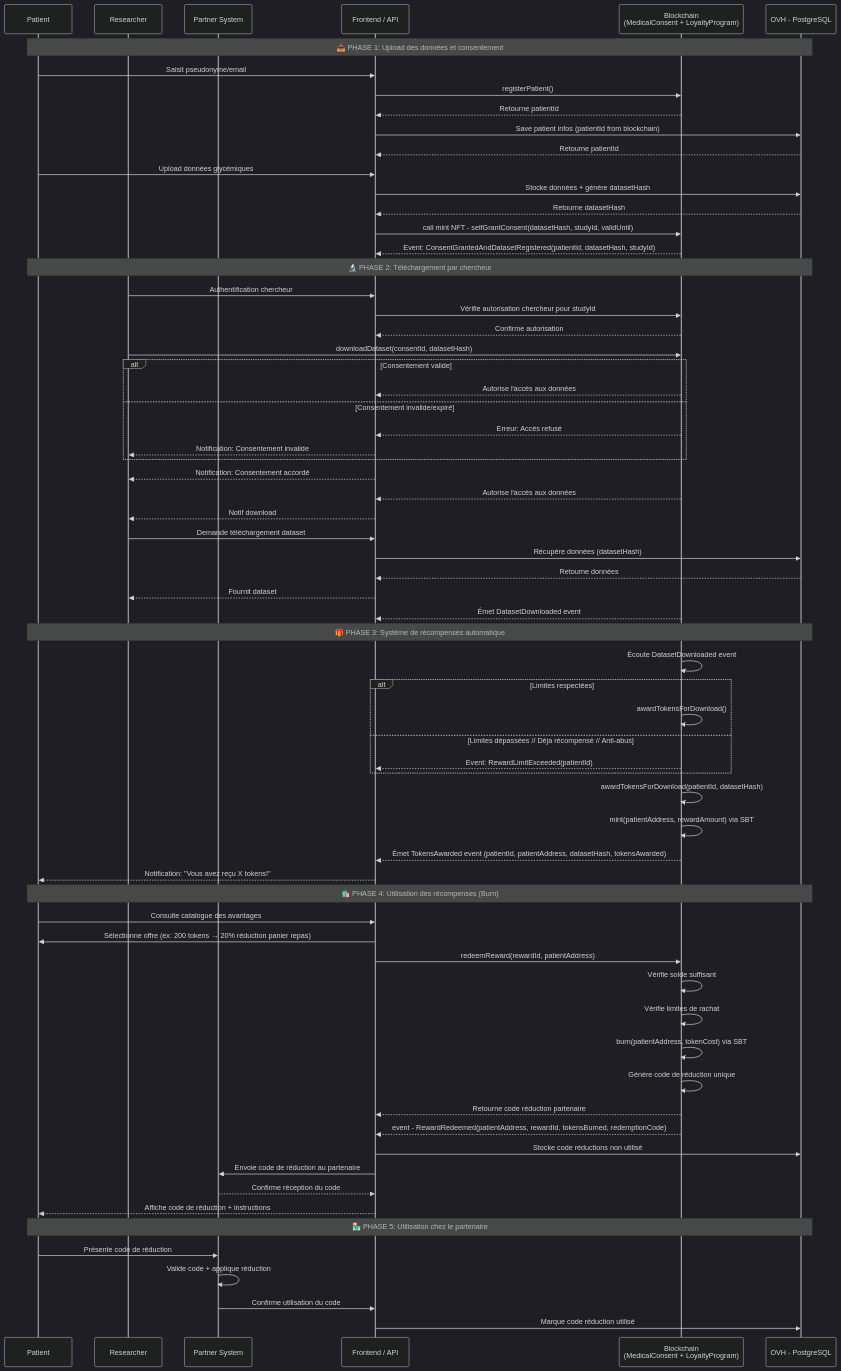
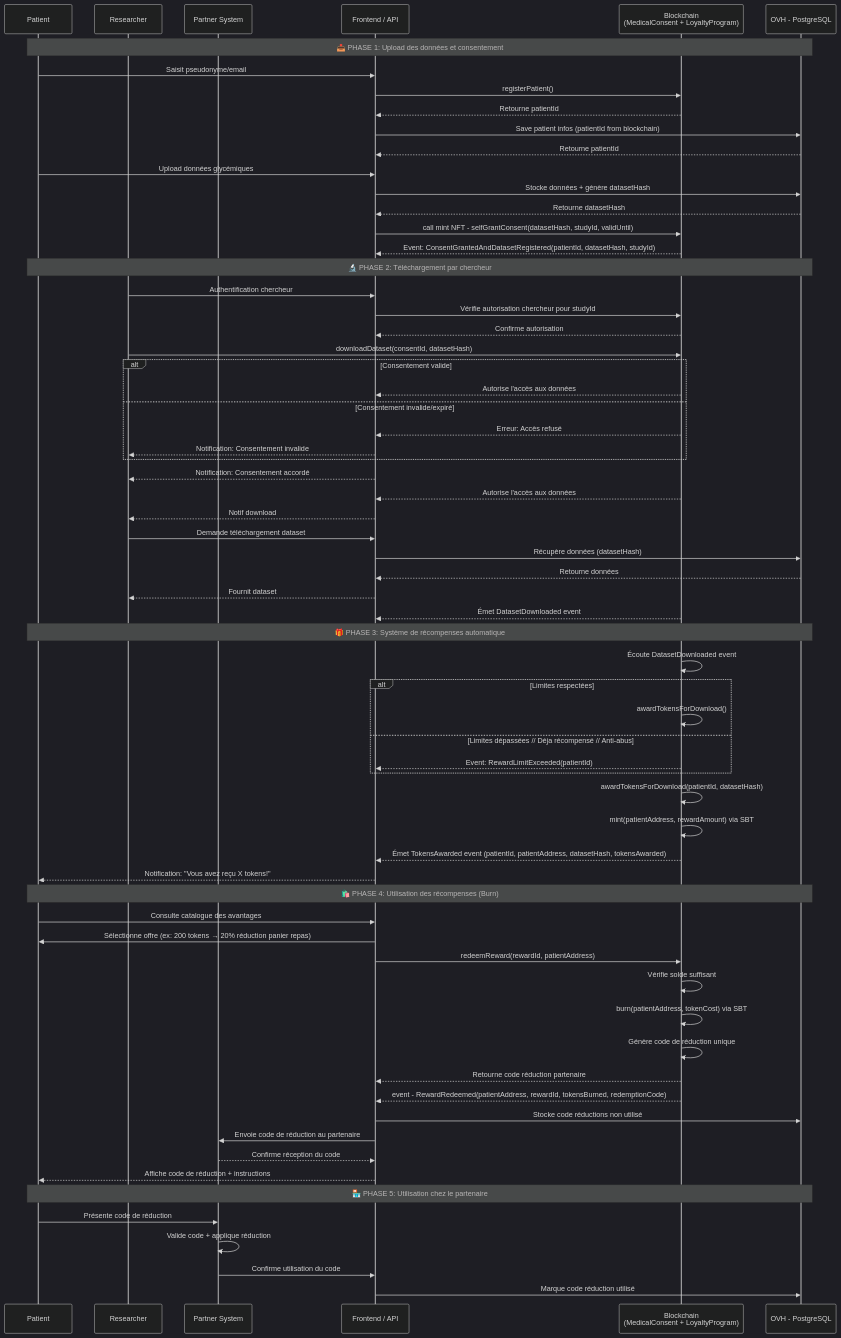
The second of 2 diagrams in README.md (lasiouce/mon_cercle_sante), drawn with Mermaid (dark theme) before and after one commit.

````diff
--- a/README.md
+++ b/README.md
@@ -78,78 +78,77 @@
 ```mermaid
 sequenceDiagram
     participant P as Patient
     participant R as Researcher
     participant PS as Partner System
     participant F as Frontend / API
     participant BC as Blockchain<br/>(MedicalConsent + LoyaltyProgram)
     participant DB as OVH - PostgreSQL
         
     Note over P,DB: 📤 PHASE 1: Upload des données et consentement
     
     P->>F: Saisit pseudonyme/email
     F->>BC: registerPatient()
     BC-->>F: Retourne patientId
     F->>DB: Save patient infos (patientId from blockchain)
     DB-->>F: Retourne patientId
     P->>F: Upload données glycémiques
     F->>DB: Stocke données + génère datasetHash
     DB-->>F: Retourne datasetHash
     F->>BC: call mint NFT - selfGrantConsent(datasetHash, studyId, validUntil)
     BC-->>F: Event: ConsentGrantedAndDatasetRegistered(patientId, datasetHash, studyId)
     
     Note over P,DB: 🔬 PHASE 2: Téléchargement par chercheur
     R->>F: Authentification chercheur
     F->>BC: Vérifie autorisation chercheur pour studyId
     BC-->>F: Confirme autorisation
     R->>BC: downloadDataset(consentId, datasetHash)
     alt Consentement valide
         BC-->>F: Autorise l'accès aux données
     else Consentement invalide/expiré
         BC-->>F: Erreur: Accès refusé
         F-->>R: Notification: Consentement invalide
     end
     F-->>R: Notification: Consentement accordé
     BC-->>F: Autorise l'accès aux données
     F -->> R: Notif download
     R->>F: Demande téléchargement dataset
     F->>DB: Récupère données (datasetHash)
     DB-->>F: Retourne données
     F-->>R: Fournit dataset
     BC-->>F: Émet DatasetDownloaded event
  
     Note over P,DB: 🎁 PHASE 3: Système de récompenses automatique
 
     BC->>BC: Écoute DatasetDownloaded event
     alt Limites respectées
         BC->>BC: awardTokensForDownload()
     else Limites dépassées // Déja récompensé // Anti-abus
         BC-->>F: Event: RewardLimitExceeded(patientId)
     end
     BC->>BC: awardTokensForDownload(patientId, datasetHash)
     BC->>BC: mint(patientAddress, rewardAmount) via SBT
     BC-->>F: Émet TokensAwarded event (patientId, patientAddress, datasetHash, tokensAwarded)  
     F-->>P: Notification: "Vous avez reçu X tokens!"
     
     Note over P,DB: 🛍️ PHASE 4: Utilisation des récompenses (Burn)
     
     P->>F: Consulte catalogue des avantages
     F->>P: Sélectionne offre (ex: 200 tokens → 20% réduction panier repas)
     F->>BC: redeemReward(rewardId, patientAddress)
     BC->>BC: Vérifie solde suffisant
-    BC->>BC: Vérifie limites de rachat
     BC->>BC: burn(patientAddress, tokenCost) via SBT
     BC->>BC: Génère code de réduction unique
     BC-->>F: Retourne code réduction partenaire
     BC-->>F: event - RewardRedeemed(patientAddress, rewardId, tokensBurned, redemptionCode)
     F ->> DB: Stocke code réductions non utilisé
     F->>PS: Envoie code de réduction au partenaire
     PS-->>F: Confirme réception du code
     F-->>P: Affiche code de réduction + instructions
     
     Note over P,DB: 🏪 PHASE 5: Utilisation chez le partenaire
     
     P->>PS: Présente code de réduction
     PS->>PS: Valide code + applique réduction
     PS->>F: Confirme utilisation du code
     F->>DB: Marque code réduction utilisé
 ```
````
